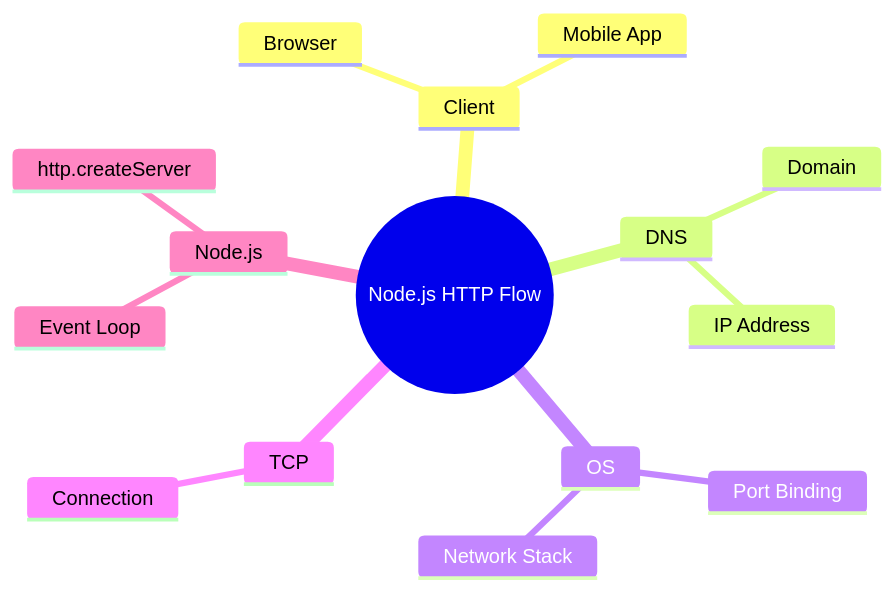
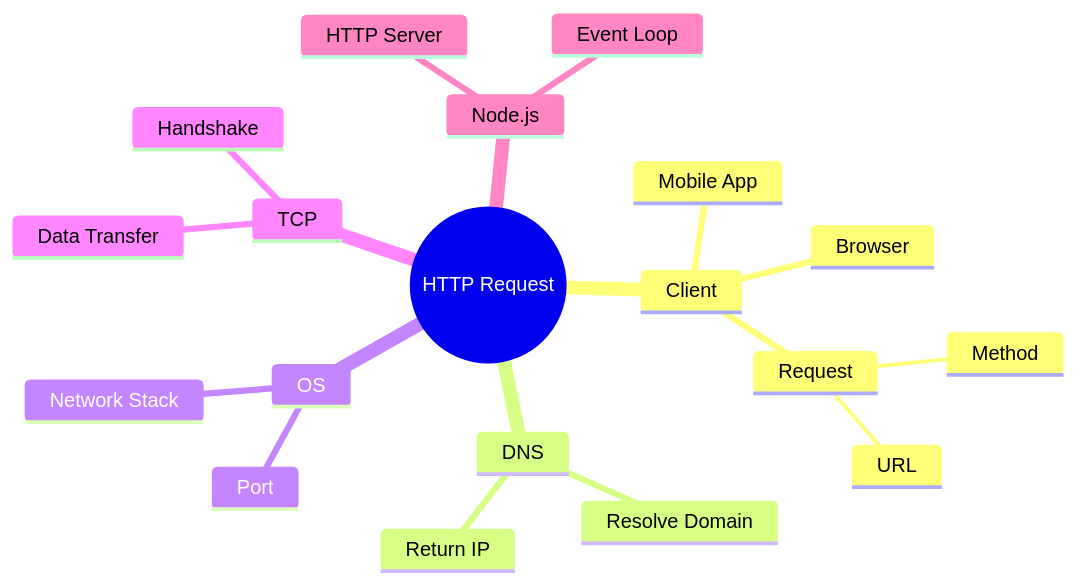
Before and after one commit to PrajwalAmbekar/Backend-Learning: the second of 4 diagrams in HTTP_Lifecycle/http_req_res_lifecycle.md, drawn with Mermaid. The commit also changed other lines of this file, not shown here.

Commit message:
created the md file for http-request-response-lifecycle

````diff
--- a/HTTP_Lifecycle/http_req_res_lifecycle.md
+++ b/HTTP_Lifecycle/http_req_res_lifecycle.md
@@ -21,18 +30,22 @@
 ```mermaid
 mindmap
-  root((Node.js HTTP Flow))
+  root((HTTP Request))
     Client
       Browser
       Mobile App
+      Request
+        URL
+        Method
     DNS
-      Domain
-      IP Address
+      Resolve Domain
+      Return IP
     OS
-      Port Binding
+      Port
       Network Stack
     TCP
-      Connection
+      Handshake
+      Data Transfer
     Node.js
-      http.createServer
+      HTTP Server
       Event Loop
 ```
````
